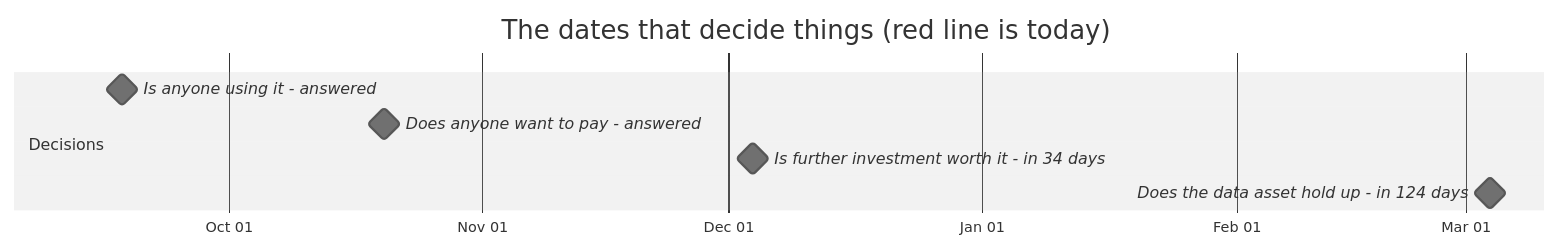
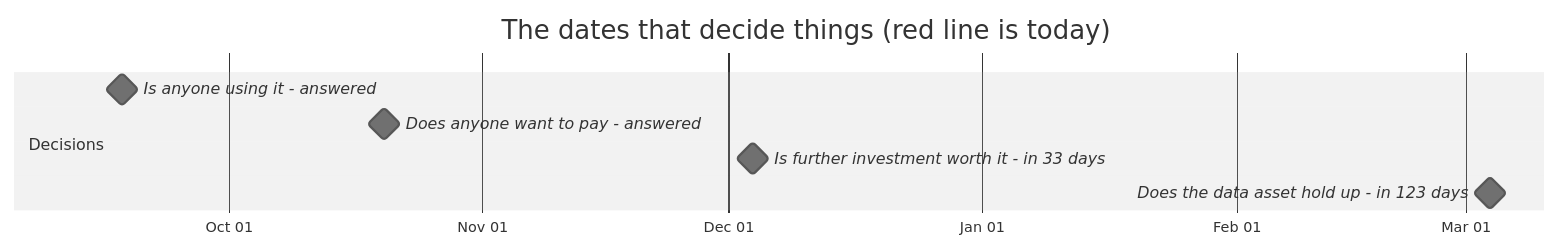
The first of 2 diagrams in docs/OWNER.md (jakegu1/vetagent), drawn with Mermaid (neutral theme) before and after one commit. The commit also changed other lines of this file and 1 other file, not shown here.

````diff
--- a/docs/OWNER.md
+++ b/docs/OWNER.md
@@ -67,12 +67,12 @@
 ```mermaid
 gantt
     dateFormat YYYY-MM-DD
     axisFormat %b %d
     todayMarker stroke-width:3px,stroke:#d33,stroke-dasharray:0
     title The dates that decide things (red line is today)
     section Decisions
     Is anyone using it - answered :milestone, 2026-09-18, 0d
     Does anyone want to pay - answered :milestone, 2026-10-20, 0d
-    Is further investment worth it - in 34 days :milestone, 2026-12-04, 0d
-    Does the data asset hold up - in 124 days :milestone, 2027-03-04, 0d
+    Is further investment worth it - in 33 days :milestone, 2026-12-04, 0d
+    Does the data asset hold up - in 123 days :milestone, 2027-03-04, 0d
 ```
````
